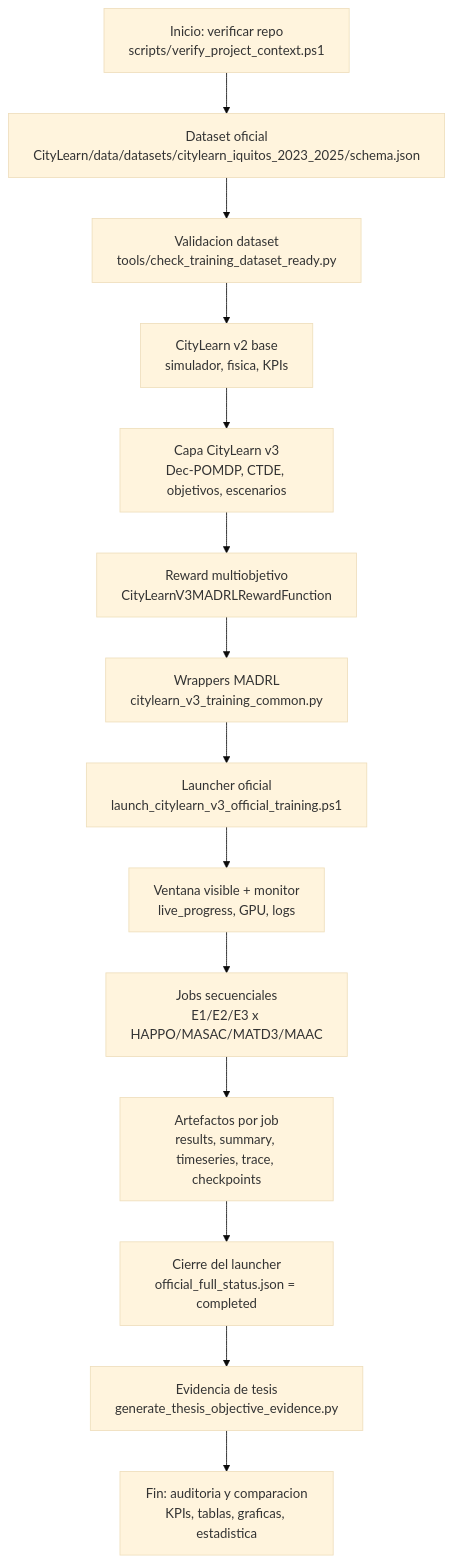
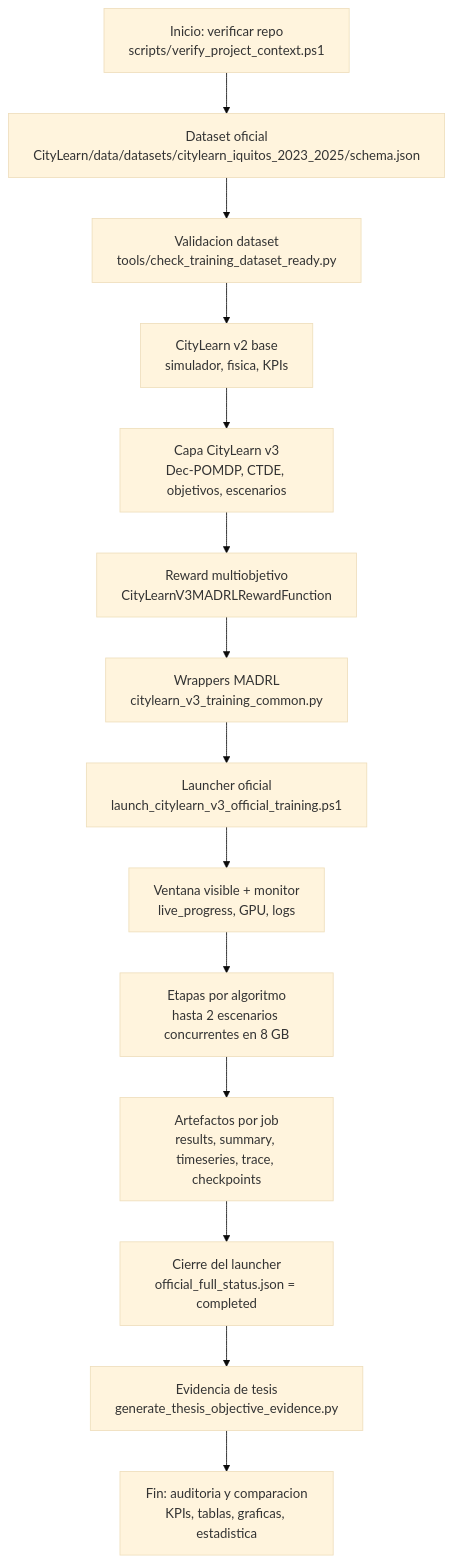
The diagram in docs/ARQUITECTURA_OPERATIVA_ENTRENAMIENTO_VISIBLE_CITYLEARN_V3_MADRL.md (Mac-Tapia/MADRLCitytleranflexresdr), drawn with Mermaid (base theme) before and after one commit. The commit also changed other lines of this file and 16 other files, not shown here.

````diff
--- a/docs/ARQUITECTURA_OPERATIVA_ENTRENAMIENTO_VISIBLE_CITYLEARN_V3_MADRL.md
+++ b/docs/ARQUITECTURA_OPERATIVA_ENTRENAMIENTO_VISIBLE_CITYLEARN_V3_MADRL.md
@@ -21,19 +21,19 @@
 ```mermaid
 flowchart TD
     A["Inicio: verificar repo<br/>scripts/verify_project_context.ps1"]
     B["Dataset oficial<br/>CityLearn/data/datasets/citylearn_iquitos_2023_2025/schema.json"]
     C["Validacion dataset<br/>tools/check_training_dataset_ready.py"]
     D["CityLearn v2 base<br/>simulador, fisica, KPIs"]
     E["Capa CityLearn v3<br/>Dec-POMDP, CTDE, objetivos, escenarios"]
     F["Reward multiobjetivo<br/>CityLearnV3MADRLRewardFunction"]
     G["Wrappers MADRL<br/>citylearn_v3_training_common.py"]
     H["Launcher oficial<br/>launch_citylearn_v3_official_training.ps1"]
     I["Ventana visible + monitor<br/>live_progress, GPU, logs"]
-    J["Jobs secuenciales<br/>E1/E2/E3 x HAPPO/MASAC/MATD3/MAAC"]
+    J["Etapas por algoritmo<br/>hasta 2 escenarios concurrentes en 8 GB"]
     K["Artefactos por job<br/>results, summary, timeseries, trace, checkpoints"]
     L["Cierre del launcher<br/>official_full_status.json = completed"]
     M["Evidencia de tesis<br/>generate_thesis_objective_evidence.py"]
     N["Fin: auditoria y comparacion<br/>KPIs, tablas, graficas, estadistica"]
 
     A --> B --> C --> D --> E --> F --> G --> H --> I --> J --> K --> L --> M --> N
 ```
````
